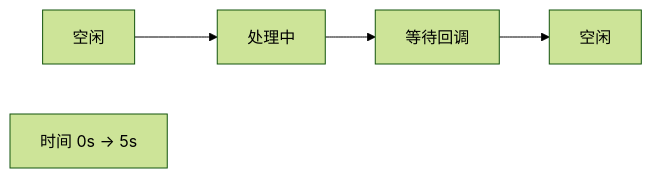
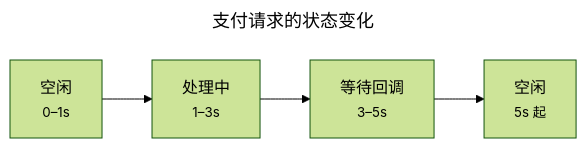
One commit to huang-hee/diagram-kit changed the eighth of 8 diagrams in references/types-flow.md. Above: the diagram before and after it, drawn with Mermaid (forest theme). The commit also changed other lines of this file and 248 other files, not shown here.

First line of the commit message:
feat: 示例按统一风格重做，补齐 42 张 drawio 整图示例，默认工具改为 drawio

````diff
--- a/references/types-flow.md
+++ b/references/types-flow.md
@@ -304,5 +325,7 @@
 ```mermaid
+---
+title: 支付请求的状态变化
+---
 flowchart LR
-  A[空闲]:::s1 --> B[处理中]:::s2 --> C[等待回调]:::s3 --> D[空闲]:::s1
-  T[时间 0s → 5s]:::axis
+  A["空闲<br><small>0–1s</small>"]:::s1 --> B["处理中<br><small>1–3s</small>"]:::s2 --> C["等待回调<br><small>3–5s</small>"]:::s3 --> D["空闲<br><small>5s 起</small>"]:::s1
 ```
````
